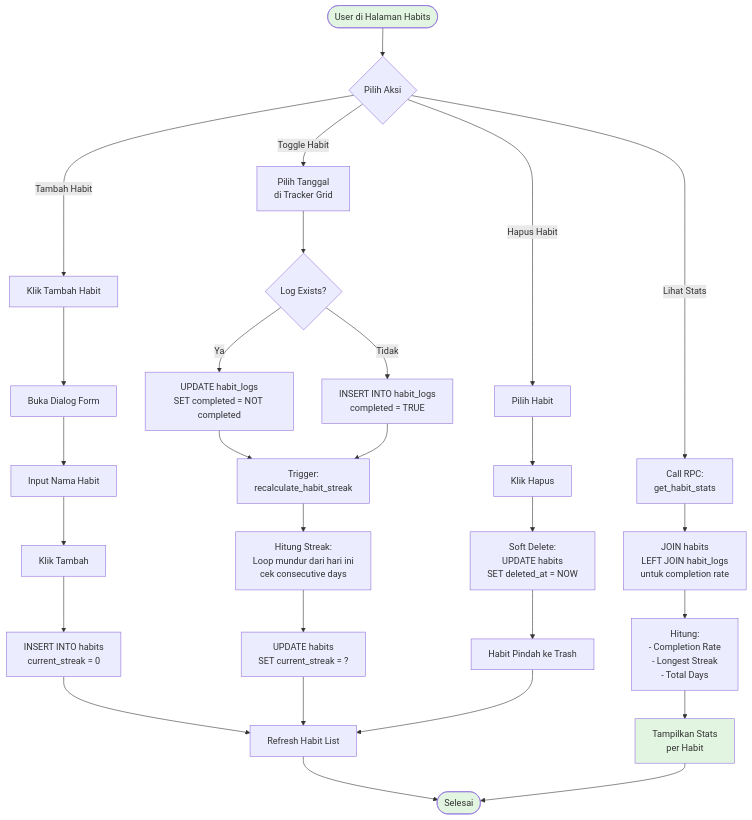
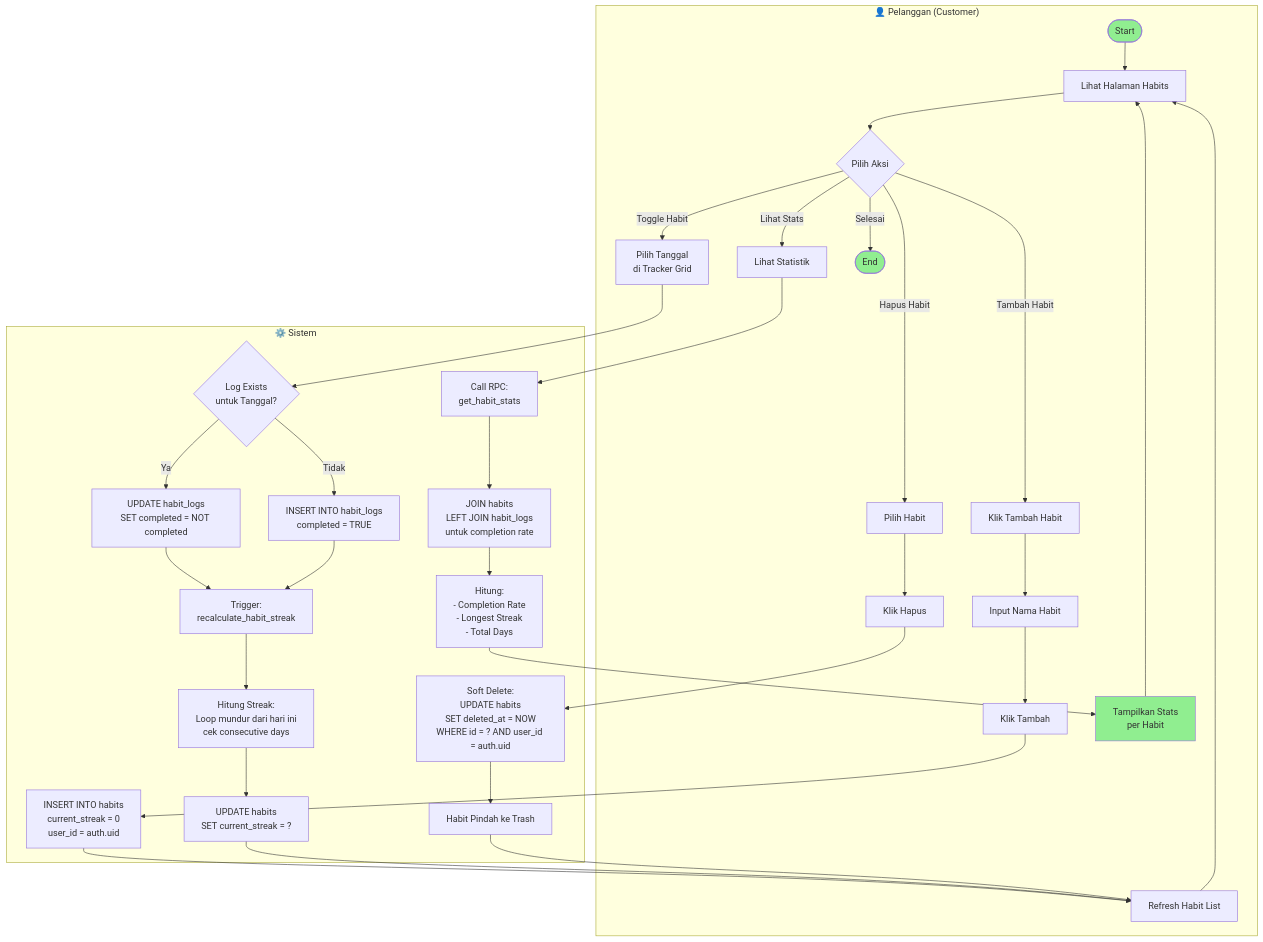
Before and after one commit to FarhanEfendi21/FlowDay: the fourth of 12 diagrams in ACTIVITY_DIAGRAMS.md, drawn with Mermaid. The commit also changed other lines of this file and 2 other files, not shown here.

Commit message:
fix activity diagram

````diff
--- a/ACTIVITY_DIAGRAMS.md
+++ b/ACTIVITY_DIAGRAMS.md
@@ -180,42 +202,62 @@
 ```mermaid
 graph TD
-    Start([User di Halaman Habits]) --> Choice{Pilih Aksi}
+    subgraph User["👤 Pelanggan (Customer)"]
+        Start([Start]) --> ViewHabits[Lihat Halaman Habits]
+        ViewHabits --> Choice{Pilih Aksi}
+        
+        %% CREATE
+        Choice -->|Tambah Habit| ClickAdd[Klik Tambah Habit]
+        ClickAdd --> InputTitle[Input Nama Habit]
+        InputTitle --> SubmitHabit[Klik Tambah]
+        
+        %% TOGGLE
+        Choice -->|Toggle Habit| SelectDate[Pilih Tanggal<br/>di Tracker Grid]
+        
+        %% VIEW STATS
+        Choice -->|Lihat Stats| ViewStats[Lihat Statistik]
+        DisplayStats[Tampilkan Stats<br/>per Habit] --> ViewHabits
+        
+        %% DELETE
+        Choice -->|Hapus Habit| SelectHabit[Pilih Habit]
+        SelectHabit --> ClickDelete[Klik Hapus]
+        
+        RefreshView[Refresh Habit List] --> ViewHabits
+        Choice -->|Selesai| End([End])
+    end
     
-    %% CREATE HABIT
-    Choice -->|Tambah Habit| ClickAdd[Klik Tambah Habit]
-    ClickAdd --> OpenDialog[Buka Dialog Form]
-    OpenDialog --> InputTitle[Input Nama Habit]
-    InputTitle --> SubmitHabit[Klik Tambah]
-    SubmitHabit --> InsertHabit[INSERT INTO habits<br/>current_streak = 0]
-    InsertHabit --> RefreshHabits[Refresh Habit List]
-    RefreshHabits --> End([Selesai])
+    subgraph System["⚙️ Sistem"]
+        %% CREATE SYSTEM
+        InsertHabit[INSERT INTO habits<br/>current_streak = 0<br/>user_id = auth.uid]
+        InsertHabit --> RefreshView
+        
+        %% TOGGLE SYSTEM
+        CheckLog{Log Exists<br/>untuk Tanggal?}
+        CheckLog -->|Ya| UpdateLog[UPDATE habit_logs<br/>SET completed = NOT completed]
+        CheckLog -->|Tidak| InsertLog[INSERT INTO habit_logs<br/>completed = TRUE]
+        UpdateLog --> TriggerStreak[Trigger:<br/>recalculate_habit_streak]
+        InsertLog --> TriggerStreak
+        TriggerStreak --> CalcStreak[Hitung Streak:<br/>Loop mundur dari hari ini<br/>cek consecutive days]
+        CalcStreak --> UpdateStreak[UPDATE habits<br/>SET current_streak = ?]
+        UpdateStreak --> RefreshView
+        
+        %% STATS SYSTEM
+        CallRPC[Call RPC:<br/>get_habit_stats]
+        CallRPC --> JoinTables[JOIN habits<br/>LEFT JOIN habit_logs<br/>untuk completion rate]
+        JoinTables --> CalcStats[Hitung:<br/>- Completion Rate<br/>- Longest Streak<br/>- Total Days]
+        CalcStats --> DisplayStats
+        
+        %% DELETE SYSTEM
+        SoftDeleteHabit[Soft Delete:<br/>UPDATE habits<br/>SET deleted_at = NOW<br/>WHERE id = ? AND user_id = auth.uid]
+        SoftDeleteHabit --> MoveTrash[Habit Pindah ke Trash]
+        MoveTrash --> RefreshView
+    end
     
-    %% TOGGLE HABIT LOG
-    Choice -->|Toggle Habit| SelectDate[Pilih Tanggal<br/>di Tracker Grid]
-    SelectDate --> CheckLog{Log Exists?}
-    CheckLog -->|Ya| UpdateLog[UPDATE habit_logs<br/>SET completed = NOT completed]
-    CheckLog -->|Tidak| InsertLog[INSERT INTO habit_logs<br/>completed = TRUE]
-    UpdateLog --> TriggerStreak[Trigger:<br/>recalculate_habit_streak]
-    InsertLog --> TriggerStreak
-    TriggerStreak --> CalcStreak[Hitung Streak:<br/>Loop mundur dari hari ini<br/>cek consecutive days]
-    CalcStreak --> UpdateStreak[UPDATE habits<br/>SET current_streak = ?]
-    UpdateStreak --> RefreshHabits
-    
-    %% VIEW STATS
-    Choice -->|Lihat Stats| CallRPC[Call RPC:<br/>get_habit_stats]
-    CallRPC --> JoinTables[JOIN habits<br/>LEFT JOIN habit_logs<br/>untuk completion rate]
-    JoinTables --> CalcStats[Hitung:<br/>- Completion Rate<br/>- Longest Streak<br/>- Total Days]
-    CalcStats --> DisplayStats[Tampilkan Stats<br/>per Habit]
-    DisplayStats --> End
-    
-    %% DELETE HABIT
-    Choice -->|Hapus Habit| SelectHabit[Pilih Habit]
-    SelectHabit --> ClickDelete[Klik Hapus]
-    ClickDelete --> SoftDeleteHabit[Soft Delete:<br/>UPDATE habits<br/>SET deleted_at = NOW]
-    SoftDeleteHabit --> MoveTrash[Habit Pindah ke Trash]
-    MoveTrash --> RefreshHabits
+    SubmitHabit --> InsertHabit
+    SelectDate --> CheckLog
+    ViewStats --> CallRPC
+    ClickDelete --> SoftDeleteHabit
 
-    style Start fill:#e1f5e1
-    style End fill:#e1f5e1
-    style DisplayStats fill:#e1f5e1
+    style Start fill:#90EE90
+    style End fill:#90EE90
+    style DisplayStats fill:#90EE90
 ```
````
